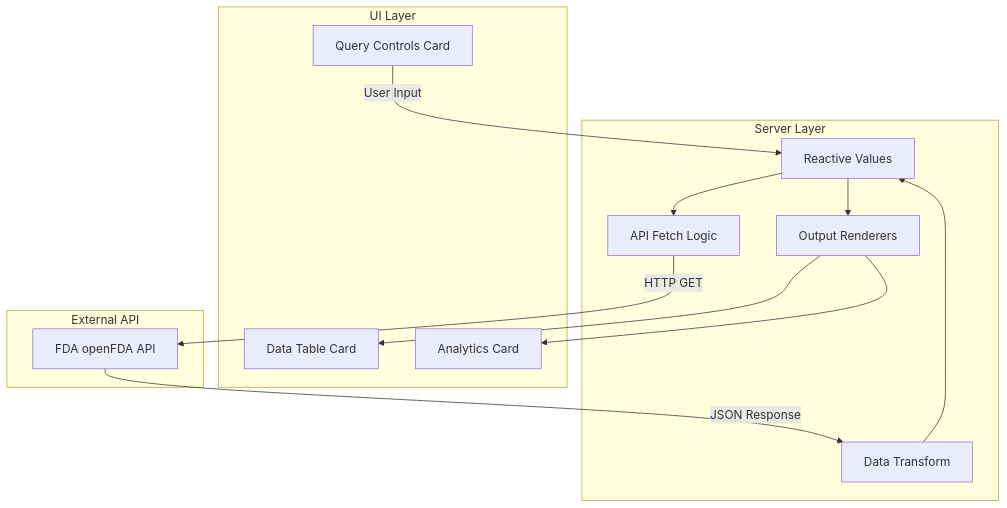
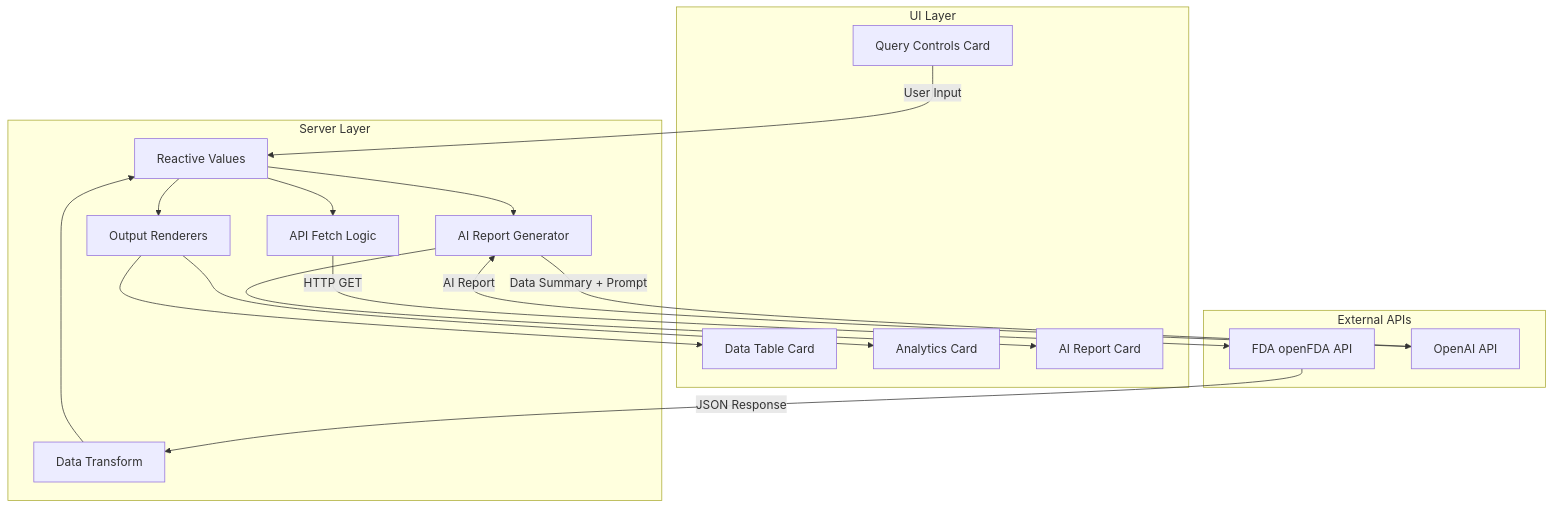
Before and after one commit to chatterjee-srinjoy/dsai: the diagram in 02_productivity/shiny_app/README.md, drawn with Mermaid. The commit also changed other lines of this file and 3 other files, not shown here.

````diff
--- a/02_productivity/shiny_app/README.md
+++ b/02_productivity/shiny_app/README.md
@@ -51,26 +53,33 @@
 ```mermaid
 graph TB
     subgraph UI["UI Layer"]
         U1[Query Controls Card]
         U2[Data Table Card]
         U3[Analytics Card]
+        U4[AI Report Card]
     end
     subgraph Server["Server Layer"]
         S1[Reactive Values]
         S2[API Fetch Logic]
         S3[Data Transform]
         S4[Output Renderers]
+        S5[AI Report Generator]
     end
-    subgraph External["External API"]
+    subgraph External["External APIs"]
         E1[FDA openFDA API]
+        E2[OpenAI API]
     end
     
     U1 -->|User Input| S1
     S1 --> S2
     S2 -->|HTTP GET| E1
     E1 -->|JSON Response| S3
     S3 --> S1
     S1 --> S4
     S4 --> U2
     S4 --> U3
+    S1 --> S5
+    S5 -->|Data Summary + Prompt| E2
+    E2 -->|AI Report| S5
+    S5 --> U4
 ```
````
